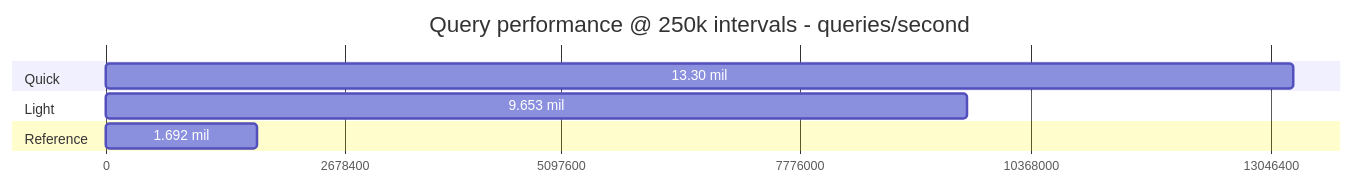
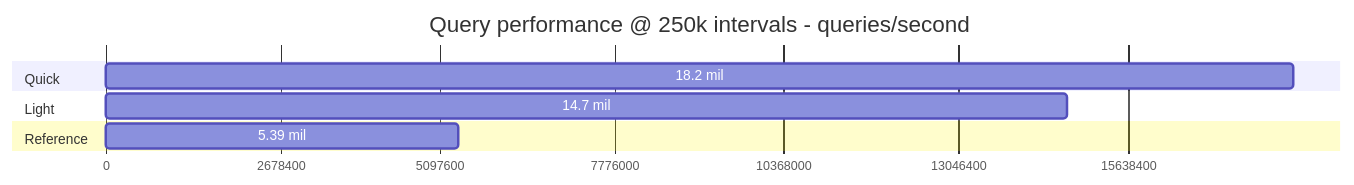
Before and after one commit to jamarino/IntervalTree: the first of 3 diagrams in README.md, drawn with Mermaid. The commit also changed other lines of this file and 1 other file, not shown here.

````diff
--- a/README.md
+++ b/README.md
@@ -41,13 +41,13 @@
 ```mermaid
 gantt
     title Query performance @ 250k intervals - queries/second
     dateFormat X
     axisFormat %s
 
     section Quick
-    13.30 mil : 0, 13304949
+    18.2 mil : 0, 18170000
     section Light
-    9.653 mil : 0, 9653441
+    14.7 mil : 0, 14710000
     section Reference
-    1.692 mil : 0, 1692734
+    5.39 mil : 0, 5392000
 ```
````
